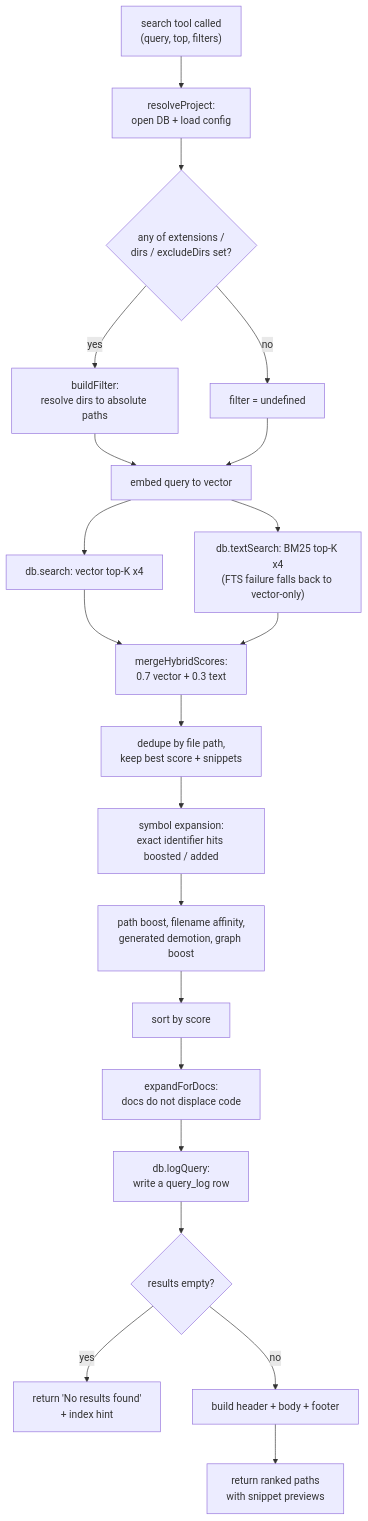
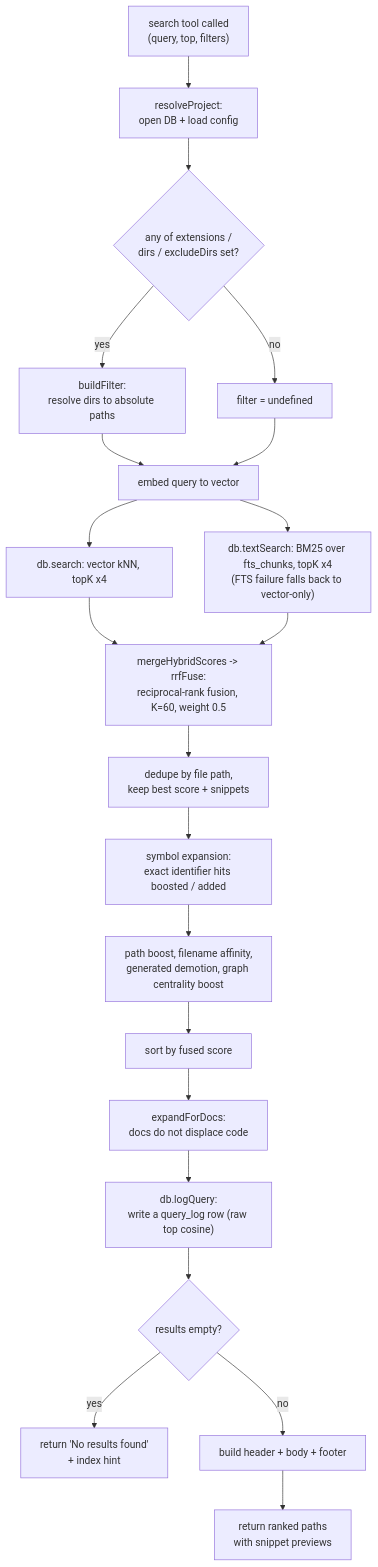
One commit to TheWinci/mimirs changed the diagram in wiki/tools/search.md. Above: the diagram before and after it, drawn with Mermaid. The commit also changed other lines of this file and 47 other files, not shown here.

````diff
--- a/wiki/tools/search.md
+++ b/wiki/tools/search.md
@@ -35,23 +79,23 @@
 ```mermaid
 flowchart TD
     Start["search tool called<br>(query, top, filters)"] --> Resolve["resolveProject:<br>open DB + load config"]
     Resolve --> Filter{"any of extensions /<br>dirs / excludeDirs set?"}
     Filter -- yes --> BuildFilter["buildFilter:<br>resolve dirs to absolute paths"]
     Filter -- no --> NoFilter["filter = undefined"]
     BuildFilter --> Embed
     NoFilter --> Embed["embed query to vector"]
-    Embed --> Vec["db.search: vector top-K x4"]
-    Embed --> Txt["db.textSearch: BM25 top-K x4<br>(FTS failure falls back to vector-only)"]
-    Vec --> Merge["mergeHybridScores:<br>0.7 vector + 0.3 text"]
+    Embed --> Vec["db.search: vector kNN, topK x4"]
+    Embed --> Txt["db.textSearch: BM25 over fts_chunks, topK x4<br>(FTS failure falls back to vector-only)"]
+    Vec --> Merge["mergeHybridScores -> rrfFuse:<br>reciprocal-rank fusion, K=60, weight 0.5"]
     Txt --> Merge
     Merge --> Dedup["dedupe by file path,<br>keep best score + snippets"]
     Dedup --> Sym["symbol expansion:<br>exact identifier hits boosted / added"]
-    Sym --> Boost["path boost, filename affinity,<br>generated demotion, graph boost"]
-    Boost --> Sort["sort by score"]
+    Sym --> Boost["path boost, filename affinity,<br>generated demotion, graph centrality boost"]
+    Boost --> Sort["sort by fused score"]
     Sort --> Docs["expandForDocs:<br>docs do not displace code"]
-    Docs --> Log["db.logQuery:<br>write a query_log row"]
+    Docs --> Log["db.logQuery:<br>write a query_log row (raw top cosine)"]
     Log --> Empty{"results empty?"}
     Empty -- yes --> NoRes["return 'No results found'<br>+ index hint"]
     Empty -- no --> Format["build header + body + footer"]
     Format --> Return["return ranked paths<br>with snippet previews"]
 ```
````
